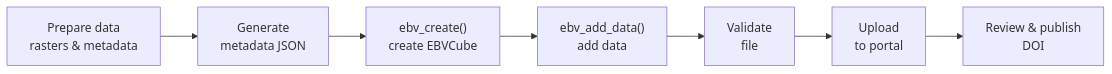
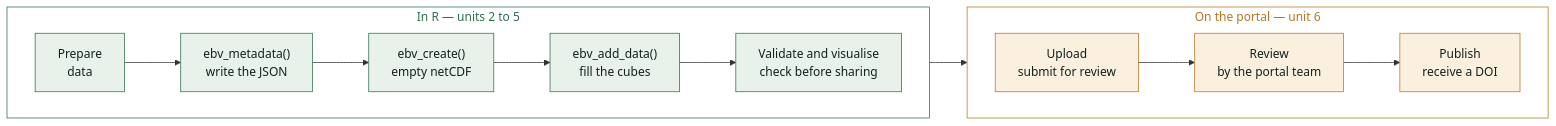
Before and after one commit to EBVcube/EBV_resources: the diagram in tutorial/index.qmd, drawn with Mermaid. The commit also changed other lines of this file and 14 other files, not shown here.

````diff
--- a/tutorial/index.qmd
+++ b/tutorial/index.qmd
@@ -41,13 +89,23 @@
 ```{mermaid}
 %%| echo: false
 flowchart LR
-A["Prepare data<br/>rasters & metadata"]
-B["Generate<br/>metadata JSON"]
-C["ebv_create()<br/>create EBVCube"]
-D["ebv_add_data()<br/>add data"]
-E["Validate<br/>file"]
-F["Upload<br/>to portal"]
-G["Review & publish<br/>DOI"]
-
-A --> B --> C --> D --> E --> F --> G
+  subgraph inR["In R — units 2 to 5"]
+    direction LR
+    A["Prepare<br/>data"] --> B["ebv_metadata()<br/>write the JSON"]
+    B --> C["ebv_create()<br/>empty netCDF"]
+    C --> D["ebv_add_data()<br/>fill the cubes"]
+    D --> E["Validate and visualise<br/>check before sharing"]
+  end
+  subgraph onP["On the portal — unit 6"]
+    direction LR
+    F["Upload<br/>submit for review"] --> G["Review<br/>by the portal team"]
+    G --> H["Publish<br/>receive a DOI"]
+  end
+  E --> F
+  classDef rstep fill:#E8F1EA,stroke:#2F6F4E,color:#12211F
+  classDef pstep fill:#FBF0DF,stroke:#B57728,color:#12211F
+  class A,B,C,D,E rstep
+  class F,G,H pstep
+  style inR fill:#FFFFFF,stroke:#2F6F4E,color:#2F6F4E
+  style onP fill:#FFFFFF,stroke:#B57728,color:#B57728
 ```
````
